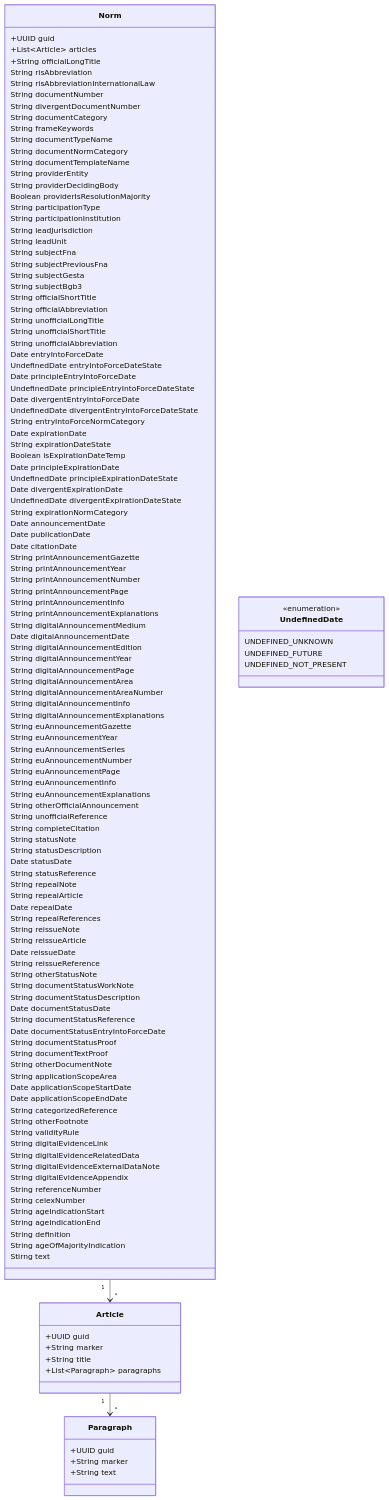
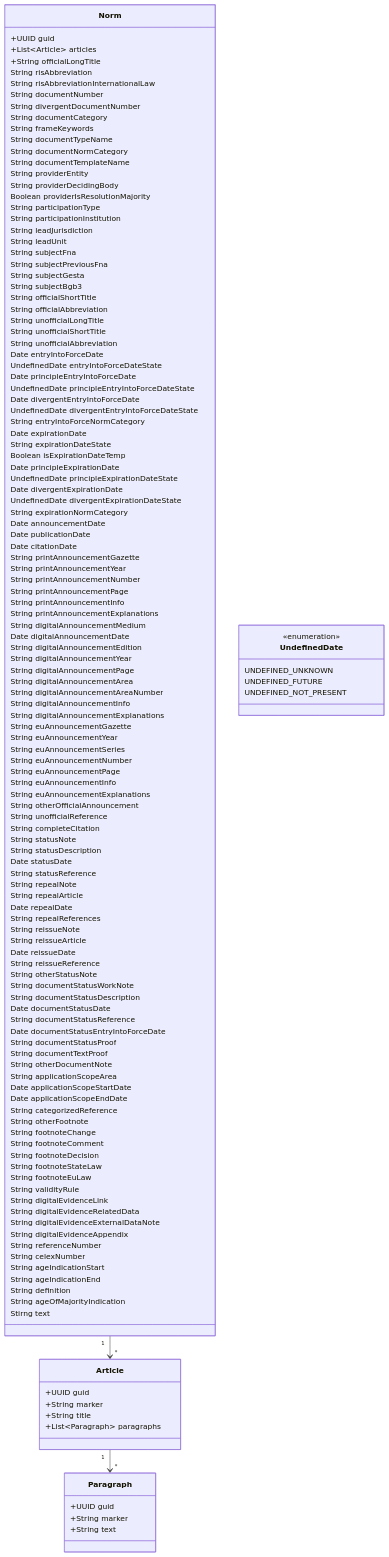
Before and after one commit to digitalservicebund/ris-backend-service: the diagram in doc/norms/domain-model.md, drawn with Mermaid. The commit also changed 1 other file, not shown here.

Commit message:
Added 5 new fields to documentation

```diff
--- a/doc/norms/domain-model.md
+++ b/doc/norms/domain-model.md
@@ -119,6 +119,11 @@
     String categorizedReference
 
     String otherFootnote
+    String footnoteChange
+    String footnoteComment
+    String footnoteDecision
+    String footnoteStateLaw
+    String footnoteEuLaw
 
     String validityRule
 
```
